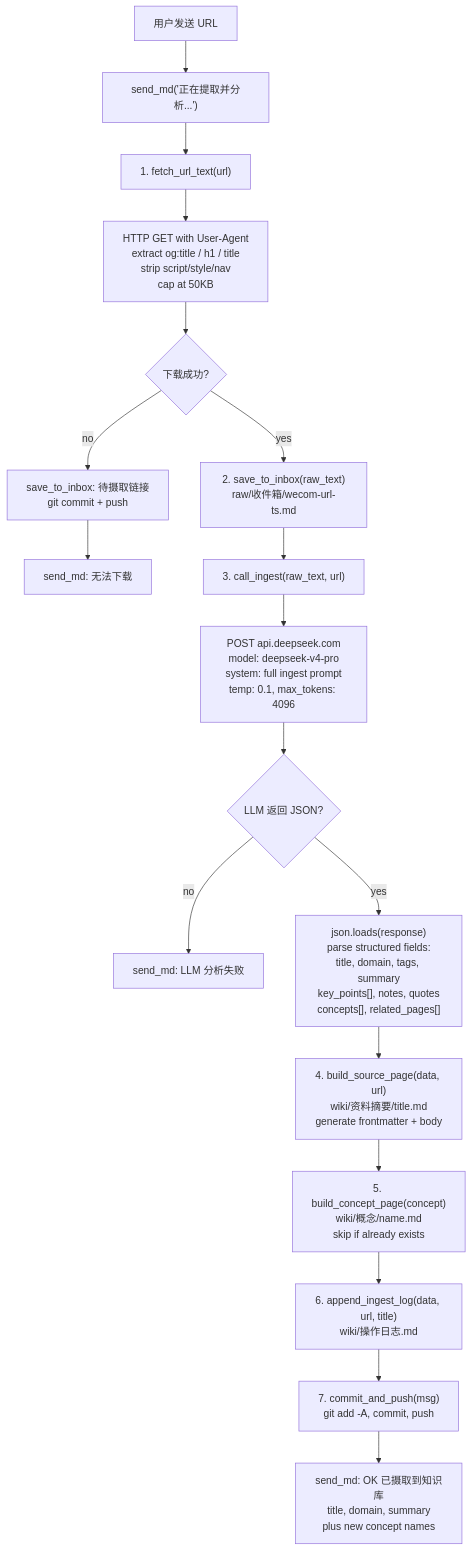
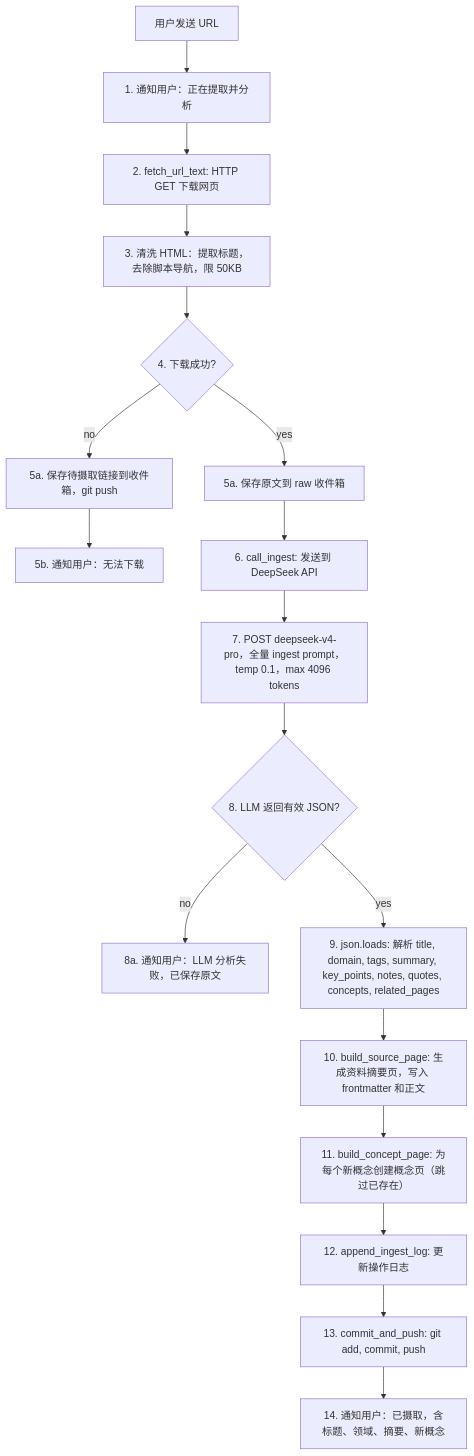
Before and after one commit to JXY001A/knowledge-wiki: the fourth of 8 diagrams in wiki/综合分析/2026-05-23 Phase 2 实现详细流程图.md, drawn with Mermaid. The commit also changed other lines of this file and 1 other file, not shown here.

First line of the commit message:
fix: 消除第四至六节 Mermaid 渲染错误 — 节点单行化，去除 br 换行

````diff
--- a/wiki/综合分析/2026-05-23 Phase 2 实现详细流程图.md
+++ b/wiki/综合分析/2026-05-23 Phase 2 实现详细流程图.md
@@ -214,32 +214,32 @@
 ```mermaid
 flowchart TD
-    URL["用户发送 URL"] --> Notify["send_md('正在提取并分析...')"]
+    URL["用户发送 URL"] --> Notify["1. 通知用户：正在提取并分析"]
 
-    Notify --> Fetch["1. fetch_url_text(url)"]
-    Fetch --> FetchDetail["HTTP GET with User-Agent<br/>extract og:title / h1 / title<br/>strip script/style/nav<br/>cap at 50KB"]
-    FetchDetail --> FetchOK{"下载成功?"}
+    Notify --> Fetch["2. fetch_url_text: HTTP GET 下载网页"]
+    Fetch --> FetchDetail["3. 清洗 HTML：提取标题，去除脚本导航，限 50KB"]
+    FetchDetail --> FetchOK{"4. 下载成功?"}
 
-    FetchOK -->|"no"| SaveRef["save_to_inbox: 待摄取链接<br/>git commit + push"]
-    SaveRef --> NotifyFail["send_md: 无法下载"]
+    FetchOK -->|"no"| SaveRef["5a. 保存待摄取链接到收件箱，git push"]
+    SaveRef --> NotifyFail["5b. 通知用户：无法下载"]
 
-    FetchOK -->|"yes"| SaveRaw["2. save_to_inbox(raw_text)<br/>raw/收件箱/wecom-url-ts.md"]
+    FetchOK -->|"yes"| SaveRaw["5a. 保存原文到 raw 收件箱"]
 
-    SaveRaw --> DeepSeek["3. call_ingest(raw_text, url)"]
-    DeepSeek --> DeepSeekDetail["POST api.deepseek.com<br/>model: deepseek-v4-pro<br/>system: full ingest prompt<br/>temp: 0.1, max_tokens: 4096"]
+    SaveRaw --> DeepSeek["6. call_ingest: 发送到 DeepSeek API"]
+    DeepSeek --> DeepSeekDetail["7. POST deepseek-v4-pro，全量 ingest prompt，temp 0.1，max 4096 tokens"]
 
-    DeepSeekDetail --> DeepSeekOK{"LLM 返回 JSON?"}
+    DeepSeekDetail --> DeepSeekOK{"8. LLM 返回有效 JSON?"}
 
-    DeepSeekOK -->|"no"| NotifyLLMFail["send_md: LLM 分析失败"]
+    DeepSeekOK -->|"no"| NotifyLLMFail["8a. 通知用户：LLM 分析失败，已保存原文"]
 
-    DeepSeekOK -->|"yes"| ParseJSON["json.loads(response)<br/>parse structured fields:<br/>title, domain, tags, summary<br/>key_points[], notes, quotes<br/>concepts[], related_pages[]"]
+    DeepSeekOK -->|"yes"| ParseJSON["9. json.loads: 解析 title, domain, tags, summary, key_points, notes, quotes, concepts, related_pages"]
 
-    ParseJSON --> BuildSource["4. build_source_page(data, url)<br/>wiki/资料摘要/title.md<br/>generate frontmatter + body"]
+    ParseJSON --> BuildSource["10. build_source_page: 生成资料摘要页，写入 frontmatter 和正文"]
 
-    BuildSource --> BuildConcepts["5. build_concept_page(concept)<br/>wiki/概念/name.md<br/>skip if already exists"]
+    BuildSource --> BuildConcepts["11. build_concept_page: 为每个新概念创建概念页（跳过已存在）"]
 
-    BuildConcepts --> AppendLog["6. append_ingest_log(data, url, title)<br/>wiki/操作日志.md"]
+    BuildConcepts --> AppendLog["12. append_ingest_log: 更新操作日志"]
 
-    AppendLog --> GitPush["7. commit_and_push(msg)<br/>git add -A, commit, push"]
+    AppendLog --> GitPush["13. commit_and_push: git add, commit, push"]
 
-    GitPush --> NotifyOK["send_md: OK 已摄取到知识库<br/>title, domain, summary<br/>plus new concept names"]
+    GitPush --> NotifyOK["14. 通知用户：已摄取，含标题、领域、摘要、新概念"]
 ```
````
